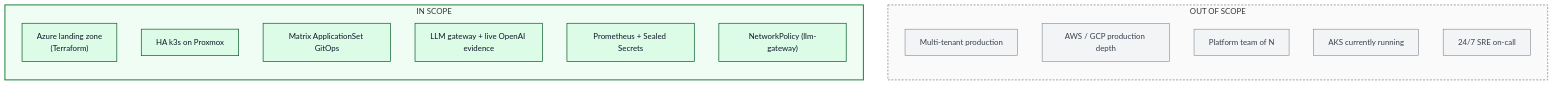
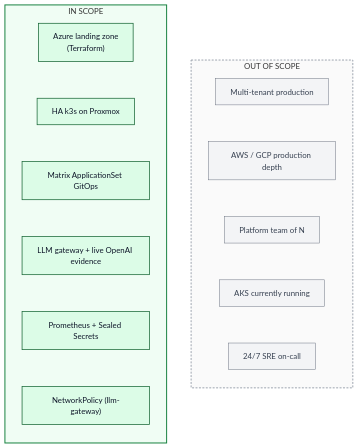
The diagram in docs/diagrams/07-scope-boundary.mmd (CalmAfterReboot/BLS-platform), drawn with Mermaid before and after one commit.

Commit message:
fix(diagrams): force vertical stack in 07 subgraphs via invisible edges
Mermaid was ignoring the per-subgraph `direction TB` declarations
because the boxes inside each subgraph had no edges between them —
Mermaid's flowchart layout has nothing to compute when nodes are
disconnected, so it falls back to whatever ordering the outer
flowchart direction implies (LR in this case → horizontal rows).

Local render via @mermaid-js/mermaid-cli confirmed the problem and
the fix:

  - Before this commit: both subgraphs render as horizontal ribbons
    placed side-by-side, breaking the two-column comparison intent.
  - After: invisible edges (~~~) between sibling rows force vertical
    stacking, and the outer LR direction then places the IN-SCOPE
    column on the left and the OUT-OF-SCOPE column on the right —
    the original design intent.

The invisible-edge trick is the Mermaid-canonical way to enforce
ordering without adding visible connectors. Documented inline so a
future maintainer who wonders why I1 ~~~ I2 ~~~ ... is there doesn't
delete them as dead code.

```diff
--- a/docs/diagrams/07-scope-boundary.mmd
+++ b/docs/diagrams/07-scope-boundary.mmd
@@ -1,52 +1,57 @@
 %%{init: {'theme':'neutral','flowchart':{'curve':'basis'}}}%%
 flowchart LR
     %% Scope discipline — left: what this portfolio claims; right: what
     %% it deliberately does not claim. Labels stay short and uniform —
     %% one per project for IN, one per non-claim for OUT. Detail lives
     %% in the catalogue caption and in bridge-doc §6.
 
     subgraph IN["IN SCOPE"]
         direction TB
         I1["Azure landing zone<br/>(Terraform)"]:::inscope
         I2["HA k3s on Proxmox"]:::inscope
         I3["Matrix ApplicationSet GitOps"]:::inscope
         I4["LLM gateway + live OpenAI evidence"]:::inscope
         I5["Prometheus + Sealed Secrets"]:::inscope
         I6["NetworkPolicy (llm-gateway)"]:::inscope
+        %% Invisible edges force vertical stacking within the subgraph;
+        %% without them Mermaid lays the boxes out horizontally because
+        %% the outer flowchart is LR and the subgraph has no real edges.
+        I1 ~~~ I2 ~~~ I3 ~~~ I4 ~~~ I5 ~~~ I6
     end
 
     subgraph OUT["OUT OF SCOPE"]
         direction TB
         O1["Multi-tenant production"]:::outscope
         O2["AWS / GCP production depth"]:::outscope
         O3["Platform team of N"]:::outscope
         O4["AKS currently running"]:::outscope
         O5["24/7 SRE on-call"]:::outscope
+        O1 ~~~ O2 ~~~ O3 ~~~ O4 ~~~ O5
     end
 
     IN ~~~ OUT
 
     classDef inscope fill:#dcfce7,stroke:#166534,stroke-width:1.5px,color:#0f172a;
     classDef outscope fill:#f3f4f6,stroke:#6b7280,stroke-width:1px,color:#374151;
 
     style IN fill:#f0fdf4,stroke:#15803d,stroke-width:2px;
     style OUT fill:#fafafa,stroke:#9ca3af,stroke-width:2px,stroke-dasharray: 4 3;
 
 %% Caption — supports BLS-PLATFORM-ENGINEERING-GUIDE.md §6 and Plan-v4
 %% operating doc §5. Two columns, six rows in / five rows out. One row
 %% per project for IN (Azure landing zone, k3s on Proxmox, matrix
 %% ApplicationSet GitOps, the LLM gateway with its committed live
 %% OpenAI verification evidence, kube-prometheus-stack with Sealed
 %% Secrets, and NetworkPolicy enforcement on the llm-gateway namespace
 %% per ADR-009). One row per non-claim for OUT (no multi-tenant
 %% production workload, no AWS/GCP production depth inside this repo,
 %% no platform-team-of-N coordination, no live AKS — torn down for cost
 %% discipline and rebuild tracked as WU-5, no formal 24/7 SRE on-call).
 %% Labels stay 3-5 words so the visual rhythm holds; parentheticals
 %% like (ADR-NNN), (WU-N), and (live) deliberately do not appear in
 %% the node text — they belong in this caption and in the supporting
 %% documents, not in the diagram. The dropped rows from the prior
 %% version (ADRs/runbooks/release-tags, "every WU closed") were process
 %% commentary, not project scope. Scope discipline is a hiring signal
 %% — a portfolio that pretends every loose end is tied is a portfolio
 %% that cannot be trusted on the tied ones.
```
